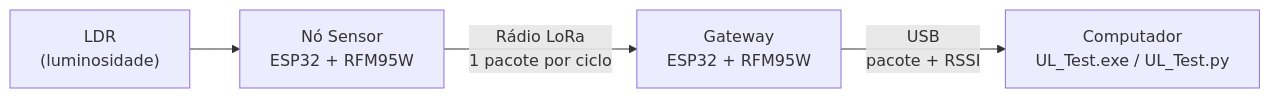
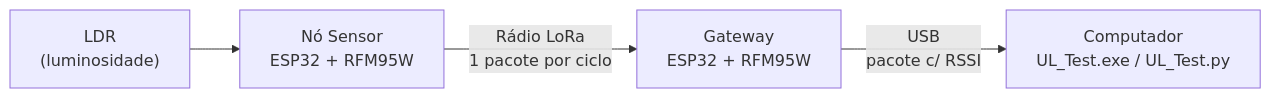
One commit to guiralmeida/LoRa_UL changed the diagram in README.md. Above: the diagram before and after it, drawn with Mermaid.

````diff
--- a/README.md
+++ b/README.md
@@ -24,6 +24,6 @@
 ```mermaid
 flowchart LR
     LDR["LDR<br/>(luminosidade)"] --> NO["Nó Sensor<br/>ESP32 + RFM95W"]
     NO -- "Rádio LoRa<br/>1 pacote por ciclo" --> GW["Gateway<br/>ESP32 + RFM95W"]
-    GW -- "USB<br/>pacote + RSSI" --> PC["Computador<br/>UL_Test.exe / UL_Test.py"]
+    GW -- "USB<br/>pacote c/ RSSI" --> PC["Computador<br/>UL_Test.exe / UL_Test.py"]
 ```
````
